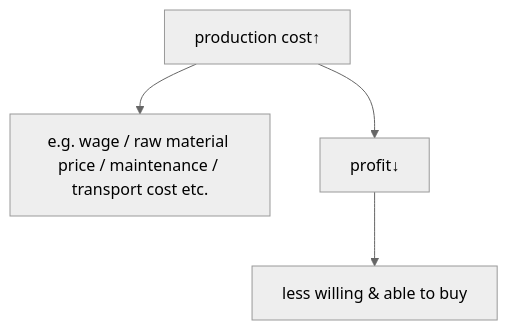
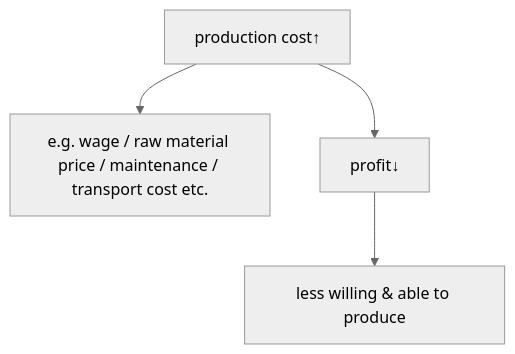
Before and after one commit to xin1z/IGCSE-Notes: the first of 6 diagrams in Economics/2. The Allocation of Resources/2.3 Supply.md, drawn with Mermaid (neutral theme). The commit also changed other lines of this file and 2 other files, not shown here.

````diff
--- a/Economics/2. The Allocation of Resources/2.3 Supply.md
+++ b/Economics/2. The Allocation of Resources/2.3 Supply.md
@@ -48,7 +48,7 @@
 ```mermaid
 flowchart TD
 A[production cost&uarr;]
 	A --> B[e.g. wage / raw material price / maintenance / transport cost etc.]
 	A --> C[profit&darr;]
-	C --> D[less willing & able to buy]
+	C --> D[less willing & able to produce]
 ```
````
